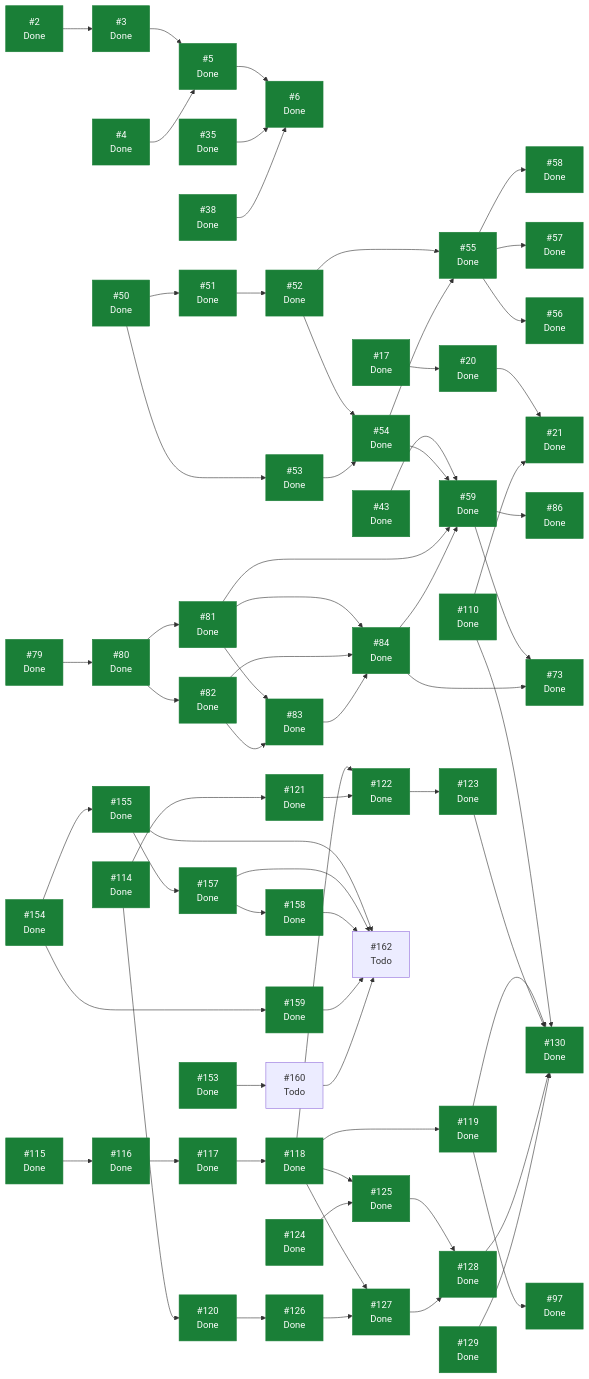
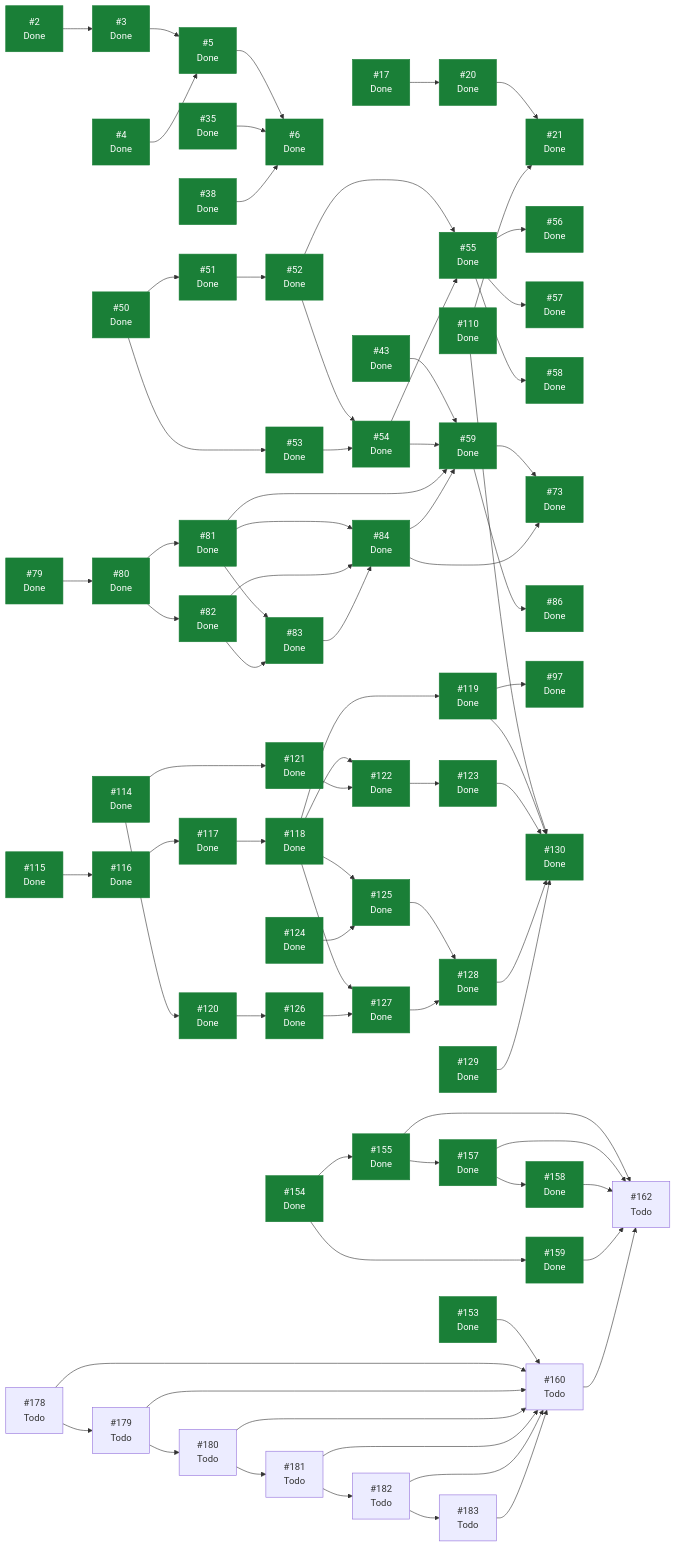
Before and after one commit to ecamp0s/evault: the diagram in docs/planning/STATUS.md, drawn with Mermaid. The commit also changed other lines of this file, not shown here.

Commit message:
docs: regenerar STATUS.md [skip ci]

````diff
--- a/docs/planning/STATUS.md
+++ b/docs/planning/STATUS.md
@@ -215,6 +224,12 @@
   I159["#159<br/>Done"]
   I160["#160<br/>Todo"]
   I162["#162<br/>Todo"]
+  I178["#178<br/>Todo"]
+  I179["#179<br/>Todo"]
+  I180["#180<br/>Todo"]
+  I181["#181<br/>Todo"]
+  I182["#182<br/>Todo"]
+  I183["#183<br/>Todo"]
   I2 --> I3
   I3 --> I5
   I4 --> I5
@@ -281,6 +296,17 @@
   I158 --> I162
   I159 --> I162
   I160 --> I162
+  I178 --> I160
+  I178 --> I179
+  I179 --> I160
+  I179 --> I180
+  I180 --> I160
+  I180 --> I181
+  I181 --> I160
+  I181 --> I182
+  I182 --> I160
+  I182 --> I183
+  I183 --> I160
   classDef hecho fill:#1a7f37,stroke:#1a7f37,color:#fff;
   class I2,I3,I4,I5,I6,I17,I20,I21,I35,I38,I43,I50,I51,I52,I53,I54,I55,I56,I57,I58,I59,I73,I79,I80,I81,I82,I83,I84,I86,I97,I110,I114,I115,I116,I117,I118,I119,I120,I121,I122,I123,I124,I125,I126,I127,I128,I129,I130,I153,I154,I155,I157,I158,I159 hecho;
 ```
````
